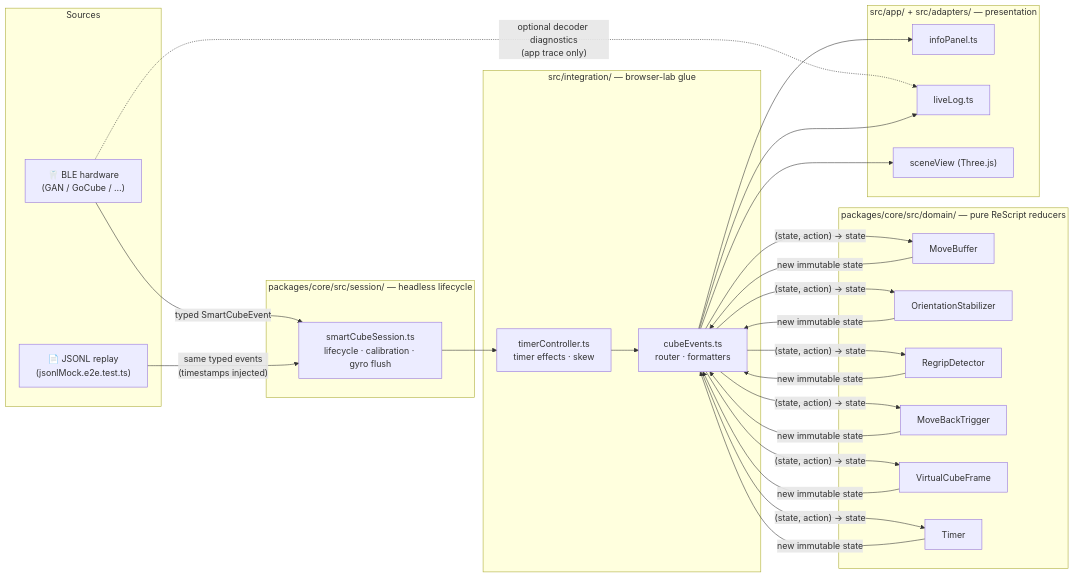
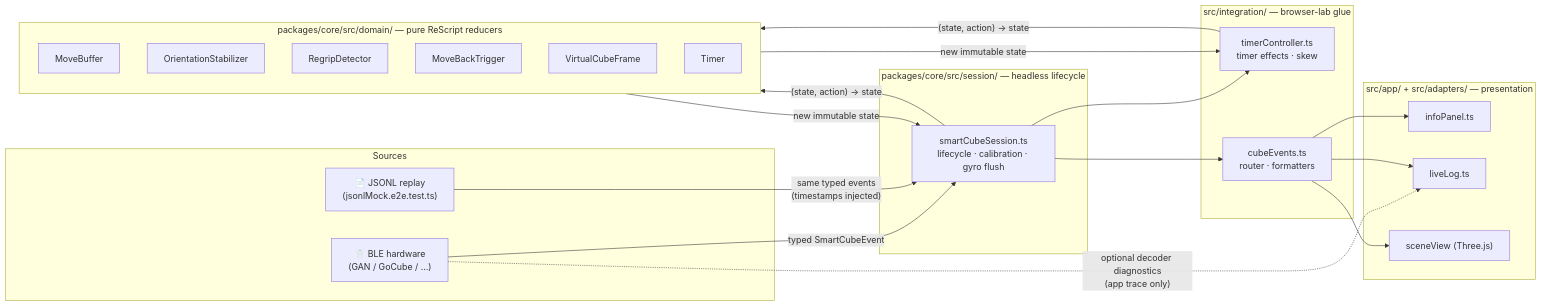
One commit to wstein/regrip changed the diagram in README.md. Above: the diagram before and after it, drawn with Mermaid. The commit also changed other lines of this file, not shown here.

Commit message:
docs: update core architecture diagram and module documentation

````diff
--- a/README.md
+++ b/README.md
@@ -14,39 +14,41 @@
 ```mermaid
 flowchart LR
   subgraph Sources
     BLE["🦷 BLE hardware\n(GAN / GoCube / …)"]
     JSONL["📄 JSONL replay\n(jsonlMock.e2e.test.ts)"]
   end
 
   subgraph Session ["packages/core/src/session/ — headless lifecycle"]
     SC["smartCubeSession.ts\nlifecycle · calibration · gyro flush"]
   end
 
   subgraph Integration ["src/integration/ — browser-lab glue"]
     TC["timerController.ts\ntimer effects · skew"]
     CE["cubeEvents.ts\nrouter · formatters"]
   end
 
   subgraph Domain ["packages/core/src/domain/ — pure ReScript reducers"]
     MB["MoveBuffer"]
     OS["OrientationStabilizer"]
     RD["RegripDetector"]
     MBT["MoveBackTrigger"]
     VCF["VirtualCubeFrame"]
     TM["Timer"]
   end
 
   subgraph App ["src/app/ + src/adapters/ — presentation"]
     IP["infoPanel.ts"]
     LL["liveLog.ts"]
     SV["sceneView (Three.js)"]
   end
 
   BLE -->|"typed SmartCubeEvent"| SC
   BLE -. "optional decoder diagnostics\n(app trace only)" .-> LL
   JSONL -->|"same typed events\n(timestamps injected)"| SC
-  SC --> TC --> CE
-  CE -->|"(state, action) → state"| MB & OS & RD & MBT & VCF & TM
-  MB & OS & RD & MBT & VCF & TM -->|"new immutable state"| CE
+  SC -->|"(state, action) → state"| Domain
+  Domain -->|"new immutable state"| SC
+  SC --> TC & CE
+  TC -->|"(state, action) → state"| Domain
+  Domain -->|"new immutable state"| TC
   CE --> IP & LL & SV
 ```
````
